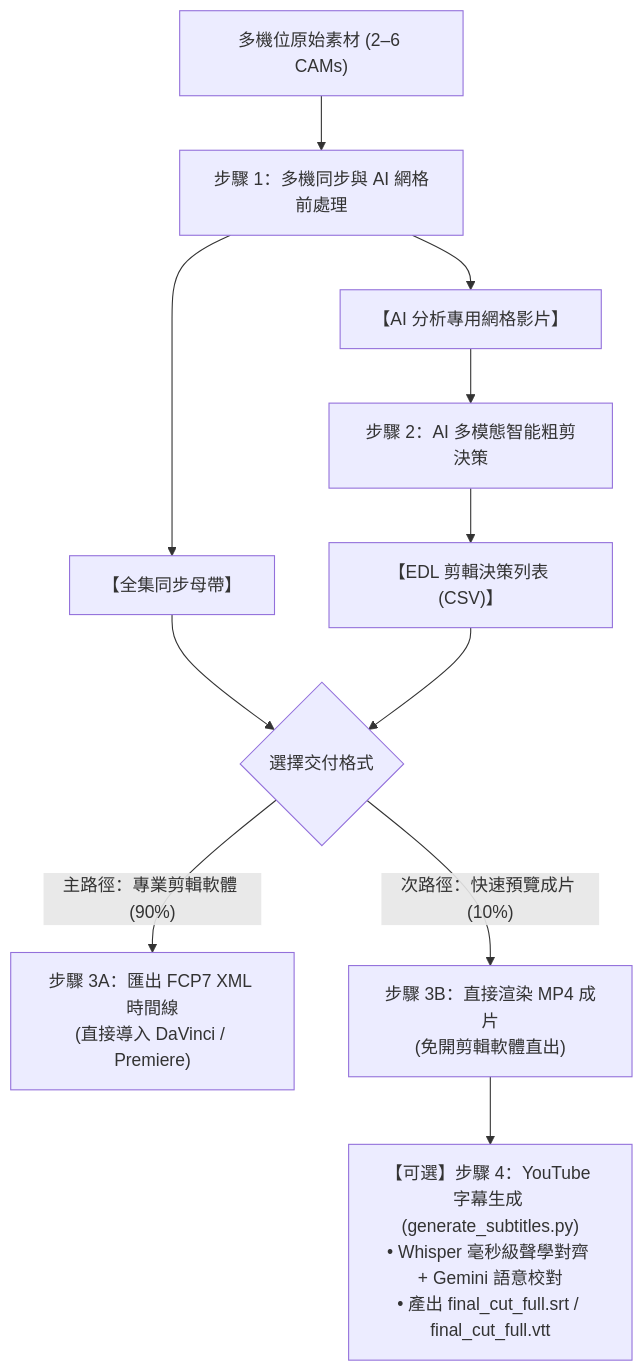
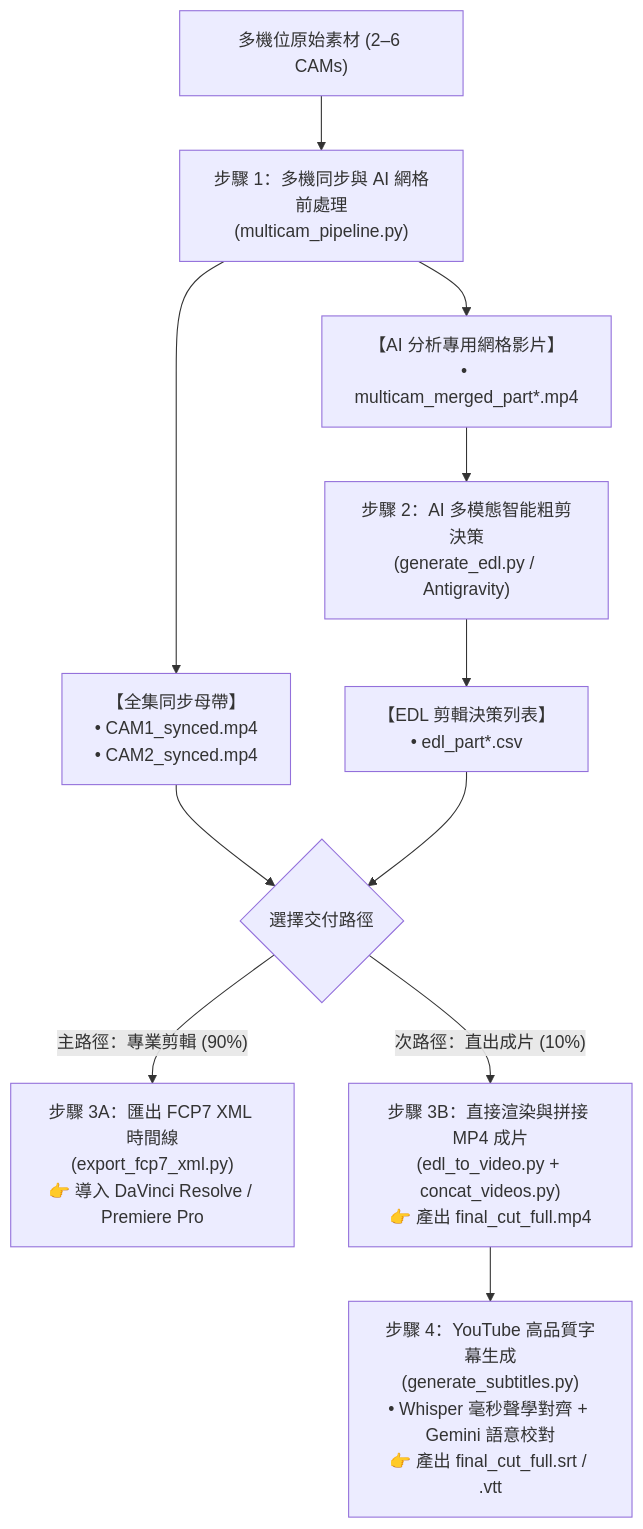
The diagram in README.zh-TW.md (sylphlin/multicam-video-preprocessing), drawn with Mermaid before and after one commit. The commit also changed 4 other files, not shown here.

Commit message:
docs: synchronize Mermaid workflow diagrams across all 5 language READMEs to include Step 4 Subtitles

````diff
--- a/README.zh-TW.md
+++ b/README.zh-TW.md
@@ -53,18 +53,18 @@
 ```mermaid
 flowchart TD
-    A["多機位原始素材 (2–6 CAMs)"] --> B["步驟 1：多機同步與 AI 網格前處理"]
+    A["多機位原始素材 (2–6 CAMs)"] --> B["步驟 1：多機同步與 AI 網格前處理<br/>(multicam_pipeline.py)"]
     
-    B --> C["【全集同步母帶】"]
-    B --> D["【AI 分析專用網格影片】"]
+    B --> C["【全集同步母帶】<br/>• CAM1_synced.mp4<br/>• CAM2_synced.mp4"]
+    B --> D["【AI 分析專用網格影片】<br/>• multicam_merged_part*.mp4"]
     
-    D --> E["步驟 2：AI 多模態智能粗剪決策"]
-    E --> F["【EDL 剪輯決策列表 (CSV)】"]
+    D --> E["步驟 2：AI 多模態智能粗剪決策<br/>(generate_edl.py / Antigravity)"]
+    E --> F["【EDL 剪輯決策列表】<br/>• edl_part*.csv"]
     
-    C --> G{"選擇交付格式"}
+    C --> G{"選擇交付路徑"}
     F --> G
     
-    G -->|"主路徑：專業剪輯軟體 (90%)"| H["步驟 3A：匯出 FCP7 XML 時間線<br/>(直接導入 DaVinci / Premiere)"]
-    G -->|"次路徑：快速預覽成片 (10%)"| I["步驟 3B：直接渲染 MP4 成片<br/>(免開剪輯軟體直出)"]
+    G -->|"主路徑：專業剪輯 (90%)"| H["步驟 3A：匯出 FCP7 XML 時間線<br/>(export_fcp7_xml.py)<br/>👉 導入 DaVinci Resolve / Premiere Pro"]
+    G -->|"次路徑：直出成片 (10%)"| I["步驟 3B：直接渲染與拼接 MP4 成片<br/>(edl_to_video.py + concat_videos.py)<br/>👉 產出 final_cut_full.mp4"]
     
-    I --> J["【可選】步驟 4：YouTube 字幕生成 (generate_subtitles.py)<br/>• Whisper 毫秒級聲學對齊 + Gemini 語意校對<br/>• 產出 final_cut_full.srt / final_cut_full.vtt"]
+    I --> J["步驟 4：YouTube 高品質字幕生成<br/>(generate_subtitles.py)<br/>• Whisper 毫秒聲學對齊 + Gemini 語意校對<br/>👉 產出 final_cut_full.srt / .vtt"]
 ```
````
